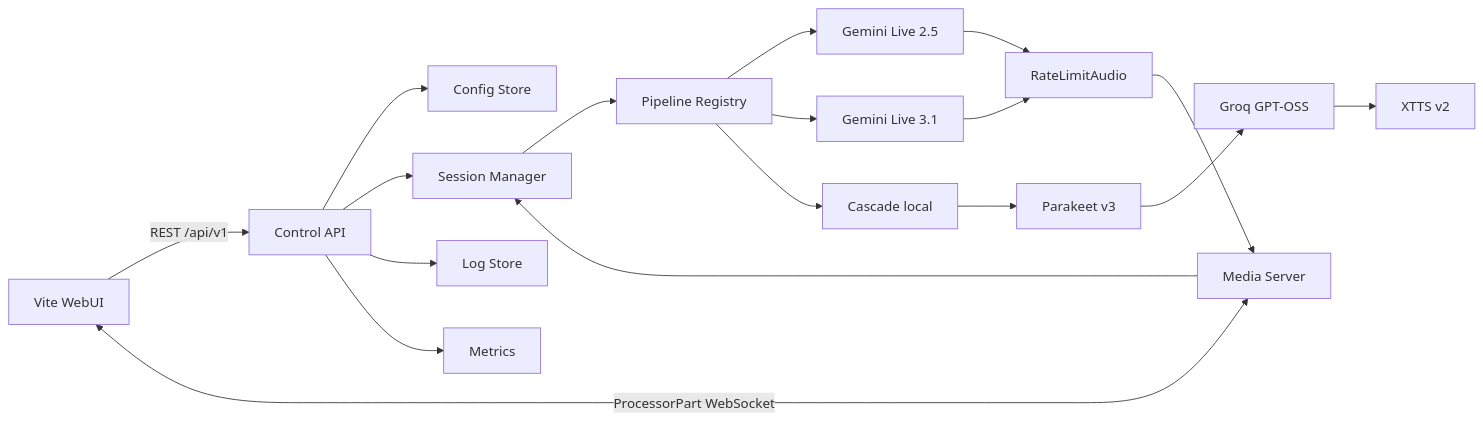
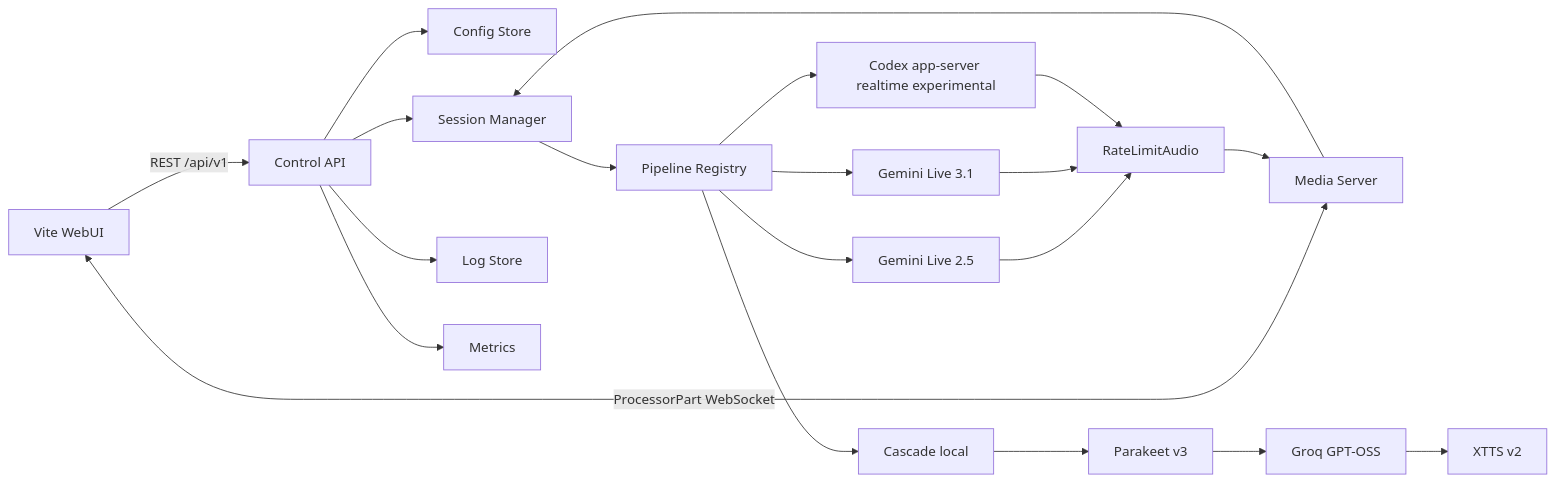
One commit to brasalabs6/genai-processors changed the first of 18 diagrams in leonidas/WORKFLOW.md. Above: the diagram before and after it, drawn with Mermaid. The commit also changed other lines of this file and 2 other files, not shown here.

First line of the commit message:
docs(leonidas): document Codex auth and optional diarization

````diff
--- a/leonidas/WORKFLOW.md
+++ b/leonidas/WORKFLOW.md
@@ -5,20 +5,22 @@
 ```mermaid
 flowchart LR
   UI[Vite WebUI] -->|REST /api/v1| API[Control API]
   UI <-->|ProcessorPart WebSocket| WS[Media Server]
   API --> CFG[Config Store]
   API --> SM[Session Manager]
   API --> LOG[Log Store]
   API --> MET[Metrics]
   WS --> SM
   SM --> REG[Pipeline Registry]
   REG --> G25[Gemini Live 2.5]
   REG --> G31[Gemini Live 3.1]
   REG --> CAS[Cascade local]
+  REG --> CODEX[Codex app-server realtime experimental]
   CAS --> STT[Parakeet v3]
   STT --> GRQ[Groq GPT-OSS]
   GRQ --> XTTS[XTTS v2]
   G25 --> RATE[RateLimitAudio]
   G31 --> RATE
+  CODEX --> RATE
   RATE --> WS
 ```
````
